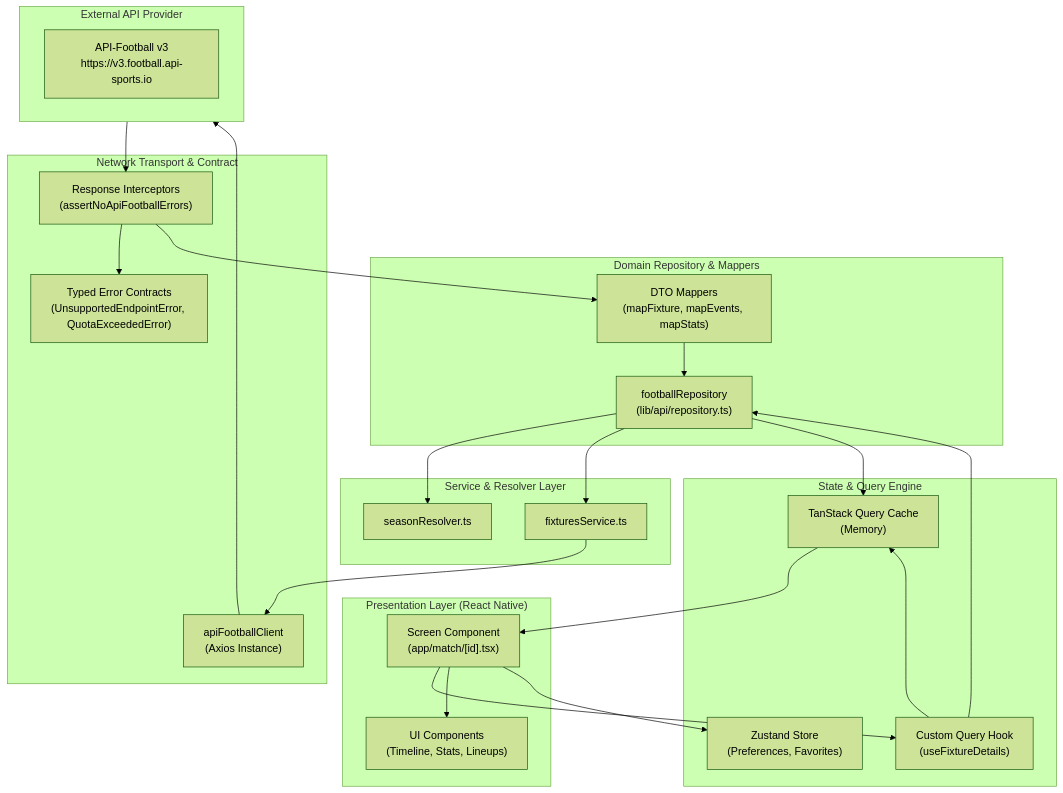
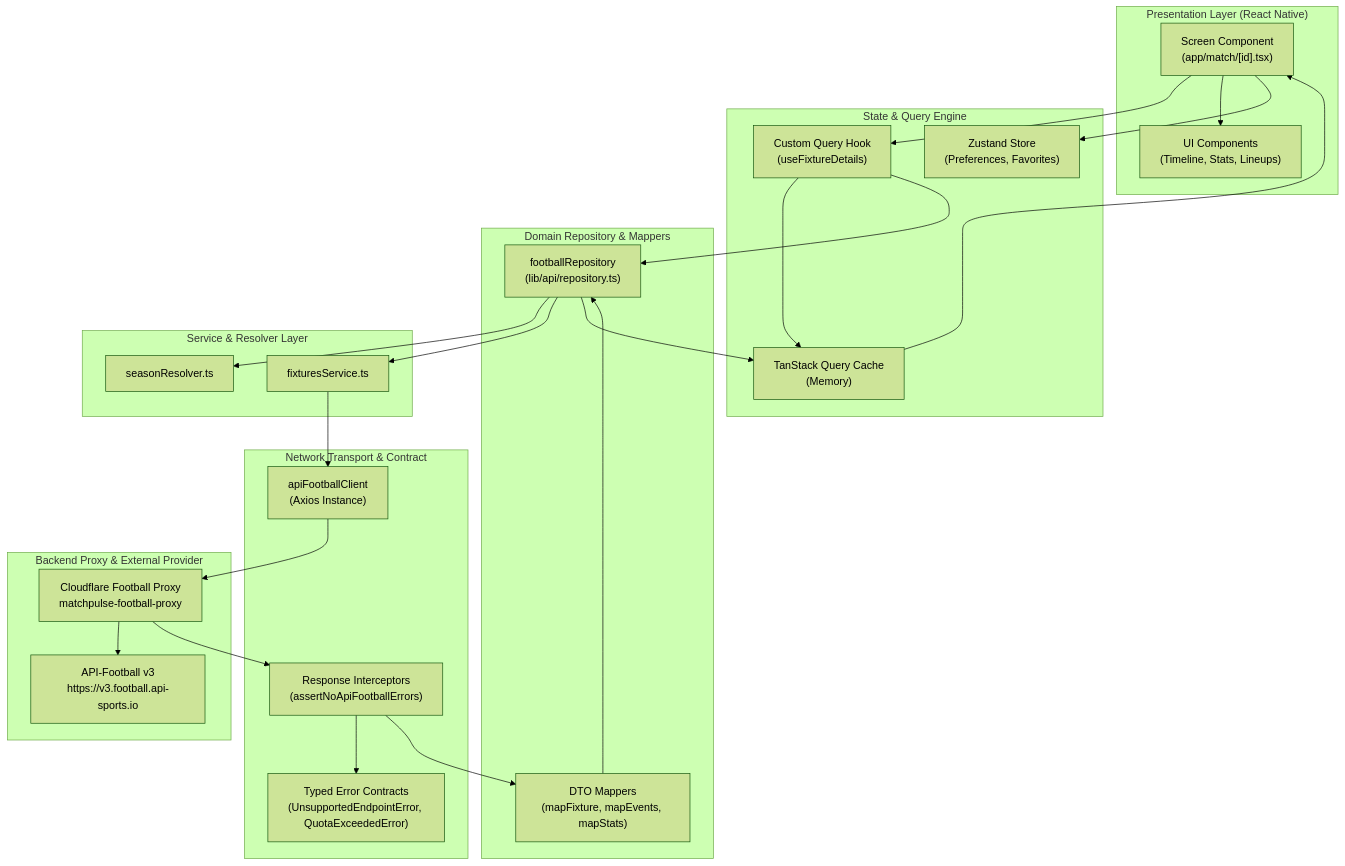
One commit to Pratham-M12/MatchPulse changed the first of 2 diagrams in README.md. Above: the diagram before and after it, drawn with Mermaid (forest theme). The commit also changed other lines of this file, not shown here.

Commit message:
docs(security): document football proxy migration

````diff
--- a/README.md
+++ b/README.md
@@ -295,49 +295,51 @@
 ```mermaid
 flowchart TD
     subgraph UI ["Presentation Layer (React Native)"]
         Screen["Screen Component<br/>(app/match/[id].tsx)"]
         Components["UI Components<br/>(Timeline, Stats, Lineups)"]
     end
 
     subgraph State ["State & Query Engine"]
         Hook["Custom Query Hook<br/>(useFixtureDetails)"]
         QueryClient["TanStack Query Cache<br/>(Memory)"]
         Zustand["Zustand Store<br/>(Preferences, Favorites)"]
     end
 
     subgraph Repo ["Domain Repository & Mappers"]
         Repository["footballRepository<br/>(lib/api/repository.ts)"]
         Mappers["DTO Mappers<br/>(mapFixture, mapEvents, mapStats)"]
     end
 
     subgraph Services ["Service & Resolver Layer"]
         FixturesService["fixturesService.ts"]
         SeasonResolver["seasonResolver.ts"]
     end
 
     subgraph Network ["Network Transport & Contract"]
         ApiClient["apiFootballClient<br/>(Axios Instance)"]
         Interceptors["Response Interceptors<br/>(assertNoApiFootballErrors)"]
         Errors["Typed Error Contracts<br/>(UnsupportedEndpointError, QuotaExceededError)"]
     end
 
-    subgraph Remote ["External API Provider"]
+    subgraph Remote ["Backend Proxy & External Provider"]
+        FootballProxy["Cloudflare Football Proxy<br/>matchpulse-football-proxy"]
         ApiSports["API-Football v3<br/>https://v3.football.api-sports.io"]
     end
 
     Screen --> Hook
     Hook --> QueryClient
     Hook --> Repository
     Repository --> SeasonResolver
     Repository --> FixturesService
     FixturesService --> ApiClient
-    ApiClient --> Remote
-    Remote --> Interceptors
+    ApiClient --> FootballProxy
+    FootballProxy --> ApiSports
+    FootballProxy --> Interceptors
     Interceptors --> Errors
     Interceptors --> Mappers
     Mappers --> Repository
     Repository --> QueryClient
     QueryClient --> Screen
     Screen --> Components
     Screen --> Zustand
 ```
````
